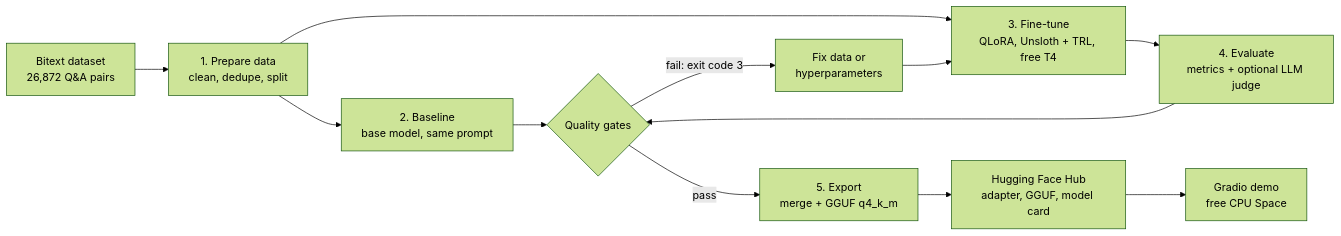
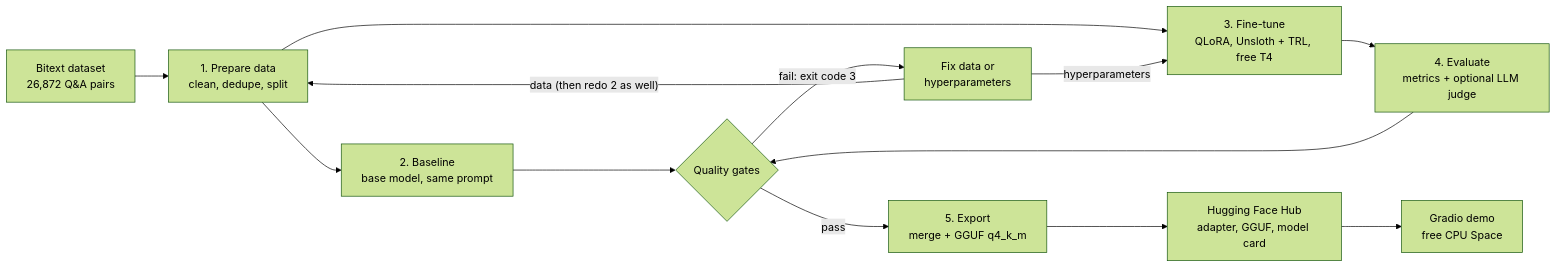
One commit to MITRAKER/llm-finetune-support changed the diagram in README.md. Above: the diagram before and after it, drawn with Mermaid (forest theme). The commit also changed other lines of this file and 23 other files, not shown here.

````diff
--- a/README.md
+++ b/README.md
@@ -29,13 +29,15 @@
 ```mermaid
 flowchart LR
     A["Bitext dataset<br/>26,872 Q&A pairs"] --> B["1. Prepare data<br/>clean, dedupe, split"]
     B --> C["2. Baseline<br/>base model, same prompt"]
     B --> D["3. Fine-tune<br/>QLoRA, Unsloth + TRL, free T4"]
     D --> E["4. Evaluate<br/>metrics + optional LLM judge"]
     C --> F{"Quality gates"}
     E --> F
-    F -- "fail: exit code 3" --> G["Fix data or<br/>hyperparameters"] --> D
+    F -- "fail: exit code 3" --> G["Fix data or<br/>hyperparameters"]
+    G -- hyperparameters --> D
+    G -- "data (then redo 2 as well)" --> B
     F -- pass --> H["5. Export<br/>merge + GGUF q4_k_m"]
     H --> I["Hugging Face Hub<br/>adapter, GGUF, model card"]
     I --> J["Gradio demo<br/>free CPU Space"]
 ```
````
